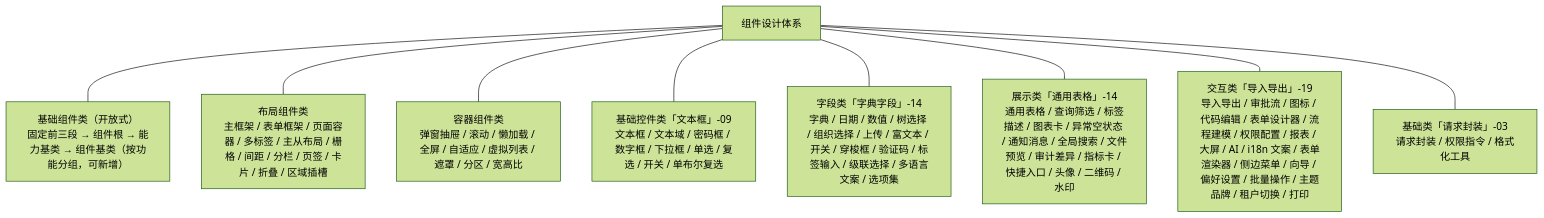
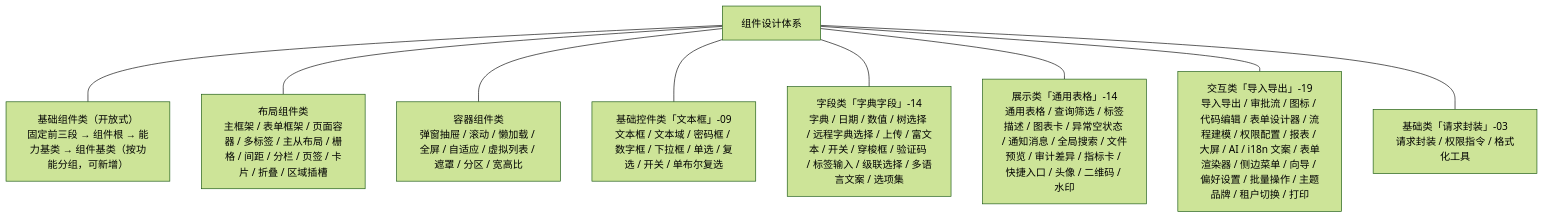
Before and after one commit to minjian123/basic-management-system: the diagram in bms文档/设计/组件设计/01_组件设计_总览.md, drawn with Mermaid (forest theme). The commit also changed other lines of this file and 501 other files, not shown here.

````diff
--- a/bms文档/设计/组件设计/01_组件设计_总览.md
+++ b/bms文档/设计/组件设计/01_组件设计_总览.md
@@ -199,20 +199,20 @@
 ```mermaid
 graph TD
     ROOT["组件设计体系"]
     BASE["基础组件类（开放式）<br/>固定前三段 → 组件根 → 能力基类 → 组件基类（按功能分组，可新增）"]
     LAY["布局组件类<br/>主框架 / 表单框架 / 页面容器 / 多标签 / 主从布局 / 栅格 / 间距 / 分栏 / 页签 / 卡片 / 折叠 / 区域插槽"]
     BOX["容器组件类<br/>弹窗抽屉 / 滚动 / 懒加载 / 全屏 / 自适应 / 虚拟列表 / 遮罩 / 分区 / 宽高比"]
     CTRL["基础控件类「文本框」-09<br/>文本框 / 文本域 / 密码框 / 数字框 / 下拉框 / 单选 / 复选 / 开关 / 单布尔复选"]
-    F["字段类「字典字段」-14<br/>字典 / 日期 / 数值 / 树选择 / 组织选择 / 上传 / 富文本 / 开关 / 穿梭框 / 验证码 / 标签输入 / 级联选择 / 多语言文案 / 选项集"]
+    F["字段类「字典字段」-14<br/>字典 / 日期 / 数值 / 树选择 / 远程字典选择 / 上传 / 富文本 / 开关 / 穿梭框 / 验证码 / 标签输入 / 级联选择 / 多语言文案 / 选项集"]
     D["展示类「通用表格」-14<br/>通用表格 / 查询筛选 / 标签描述 / 图表卡 / 异常空状态 / 通知消息 / 全局搜索 / 文件预览 / 审计差异 / 指标卡 / 快捷入口 / 头像 / 二维码 / 水印"]
     I["交互类「导入导出」-19<br/>导入导出 / 审批流 / 图标 / 代码编辑 / 表单设计器 / 流程建模 / 权限配置 / 报表 / 大屏 / AI / i18n 文案 / 表单渲染器 / 侧边菜单 / 向导 / 偏好设置 / 批量操作 / 主题品牌 / 租户切换 / 打印"]
     B["基础类「请求封装」-03<br/>请求封装 / 权限指令 / 格式化工具"]
     ROOT --- BASE
     ROOT --- LAY
     ROOT --- BOX
     ROOT --- CTRL
     ROOT --- F
     ROOT --- D
     ROOT --- I
     ROOT --- B
 ```
````
